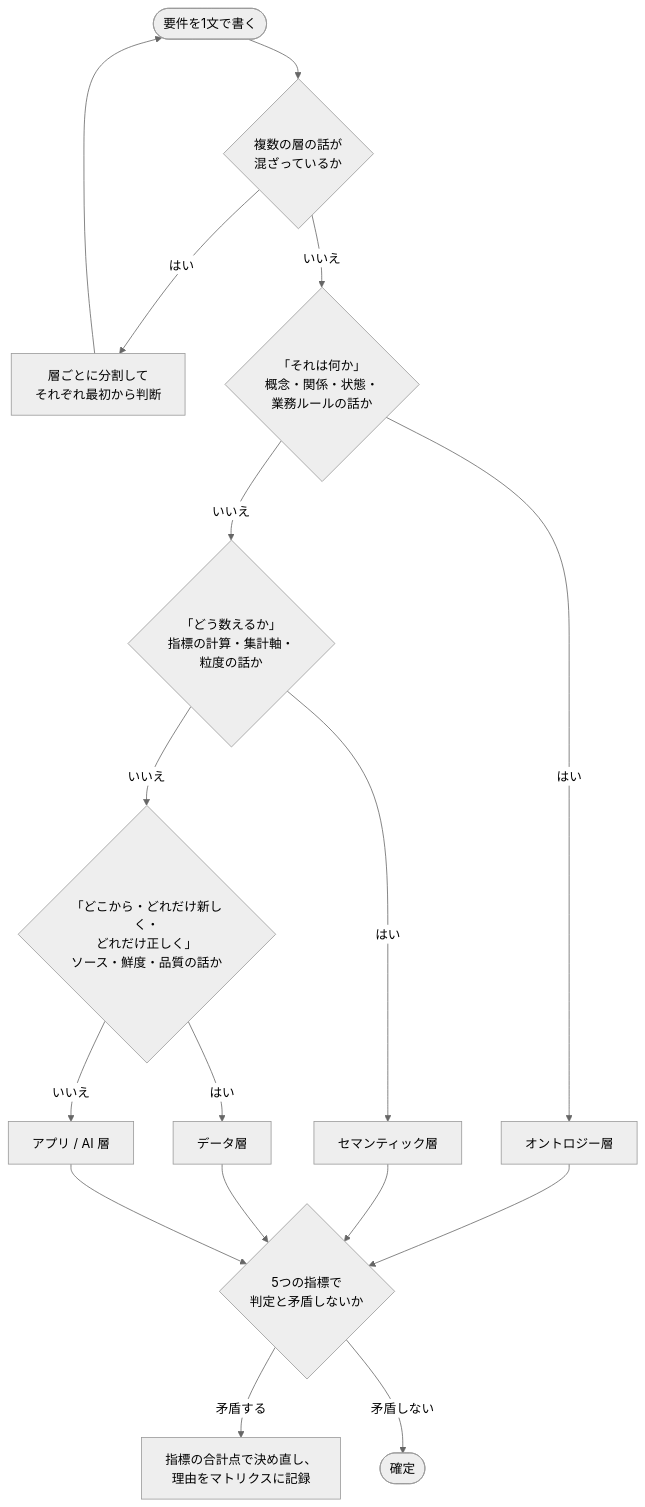
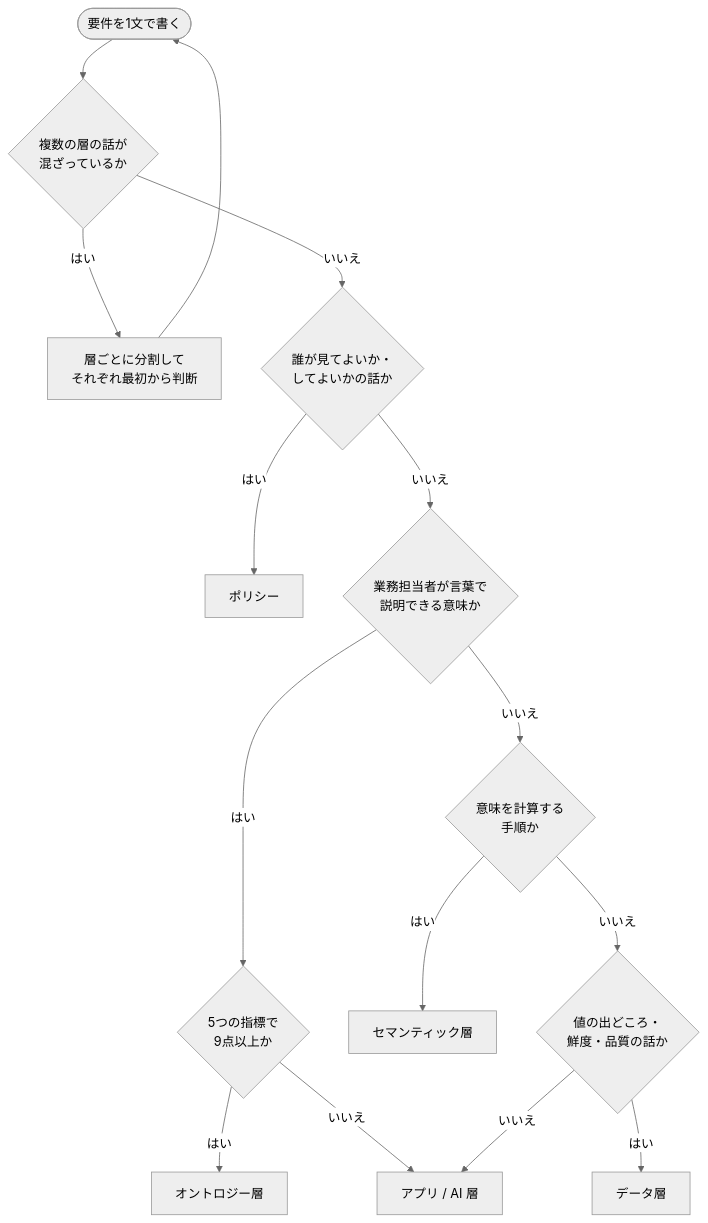
One commit to keito118/ai-ready-requirements changed the diagram in framework/ja/02_decision-criteria.md. Above: the diagram before and after it, drawn with Mermaid (neutral theme). The commit also changed other lines of this file and 16 other files, not shown here.

````diff
--- a/framework/ja/02_decision-criteria.md
+++ b/framework/ja/02_decision-criteria.md
@@ -14,15 +15,16 @@
 ```mermaid
 flowchart TD
   S([要件を1文で書く]) --> SPLIT{複数の層の話が<br/>混ざっているか}
   SPLIT -- はい --> DIV[層ごとに分割して<br/>それぞれ最初から判断] --> S
-  SPLIT -- いいえ --> Q1{「それは何か」<br/>概念・関係・状態・<br/>業務ルールの話か}
-  Q1 -- はい --> ONT[オントロジー層]
-  Q1 -- いいえ --> Q2{「どう数えるか」<br/>指標の計算・集計軸・<br/>粒度の話か}
-  Q2 -- はい --> SEM[セマンティック層]
-  Q2 -- いいえ --> Q3{「どこから・どれだけ新しく・<br/>どれだけ正しく」<br/>ソース・鮮度・品質の話か}
-  Q3 -- はい --> DAT[データ層]
-  Q3 -- いいえ --> APP[アプリ / AI 層]
-  ONT & SEM & DAT & APP --> CHK{5つの指標で<br/>判定と矛盾しないか}
-  CHK -- 矛盾する --> REV[指標の合計点で決め直し、<br/>理由をマトリクスに記録]
-  CHK -- 矛盾しない --> OK([確定])
+  SPLIT -- いいえ --> Q1{誰が見てよいか・<br/>してよいかの話か}
+  Q1 -- はい --> POL[ポリシー]
+  Q1 -- いいえ --> Q2{業務担当者が言葉で<br/>説明できる意味か}
+  Q2 -- はい --> SC{5つの指標で<br/>9点以上か}
+  SC -- はい --> ONT[オントロジー層]
+  SC -- いいえ --> APP
+  Q2 -- いいえ --> Q3{意味を計算する<br/>手順か}
+  Q3 -- はい --> SEM[セマンティック層]
+  Q3 -- いいえ --> Q4{値の出どころ・<br/>鮮度・品質の話か}
+  Q4 -- はい --> DAT[データ層]
+  Q4 -- いいえ --> APP[アプリ / AI 層]
 ```
````
